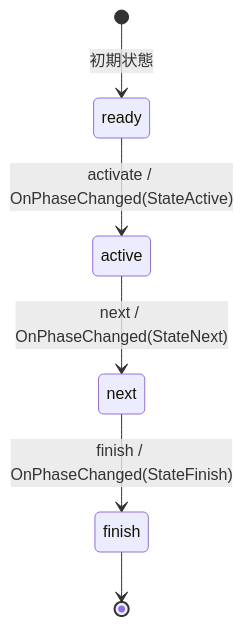
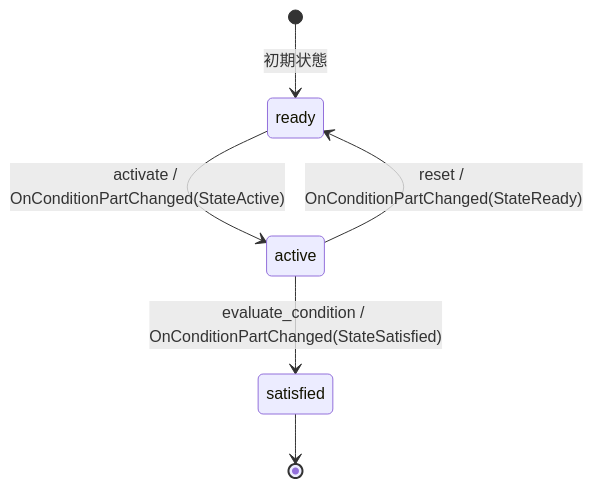
Before and after one commit to mormorbump/FsmStateMachineSample: diagram 14 of 18 in docs/README.md, drawn with Mermaid. The commit also changed other lines of this file and 5 other files, not shown here.

````diff
--- a/docs/README.md
+++ b/docs/README.md
@@ -437,8 +692,8 @@
 ```mermaid
 stateDiagram-v2
     [*] --> ready: 初期状態
-    ready --> active: activate / OnPhaseChanged(StateActive)
-    active --> next: next / OnPhaseChanged(StateNext)
-    next --> finish: finish / OnPhaseChanged(StateFinish)
-    finish --> [*]
+    ready --> active: activate / OnConditionPartChanged(StateActive)
+    active --> satisfied: evaluate_condition / OnConditionPartChanged(StateSatisfied)
+    satisfied --> [*]
+    active --> ready: reset / OnConditionPartChanged(StateReady)
 ```
````
